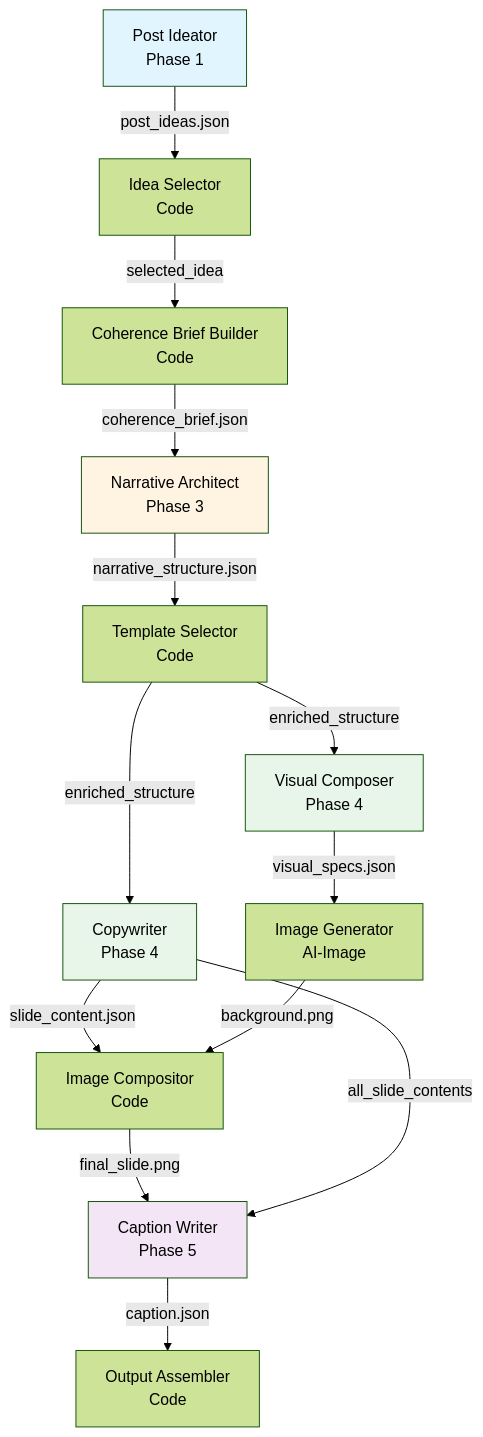
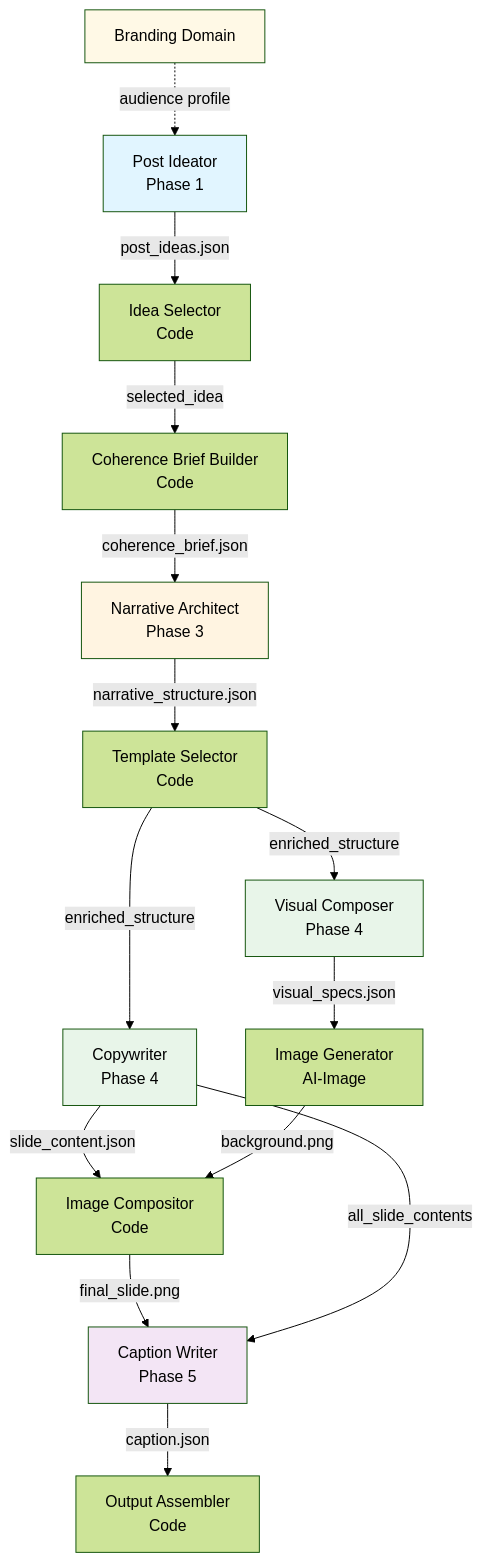
Before and after one commit to syntropy-cc/botique: the third of 3 diagrams in docs/architecture/domains/agents/ARCHITECTURE.md, drawn with Mermaid (forest theme). The commit also changed other lines of this file and 10 other files, not shown here.

````diff
--- a/docs/architecture/domains/agents/ARCHITECTURE.md
+++ b/docs/architecture/domains/agents/ARCHITECTURE.md
@@ -342,21 +368,23 @@
 ```mermaid
 flowchart TD
+    BRANDING[Branding Domain] -.->|audience profile| A
     A[Post Ideator<br/>Phase 1] -->|post_ideas.json| B[Idea Selector<br/>Code]
     B -->|selected_idea| C[Coherence Brief Builder<br/>Code]
     C -->|coherence_brief.json| D[Narrative Architect<br/>Phase 3]
     D -->|narrative_structure.json| E[Template Selector<br/>Code]
     E -->|enriched_structure| F[Copywriter<br/>Phase 4]
     E -->|enriched_structure| G[Visual Composer<br/>Phase 4]
     F -->|slide_content.json| H[Image Compositor<br/>Code]
     G -->|visual_specs.json| I[Image Generator<br/>AI-Image]
     I -->|background.png| H
     H -->|final_slide.png| J[Caption Writer<br/>Phase 5]
     F -->|all_slide_contents| J
     J -->|caption.json| K[Output Assembler<br/>Code]
     
     style A fill:#e1f5ff
     style D fill:#fff4e1
     style F fill:#e8f5e9
     style G fill:#e8f5e9
     style J fill:#f3e5f5
+    style BRANDING fill:#fff9e6
 ```
````
